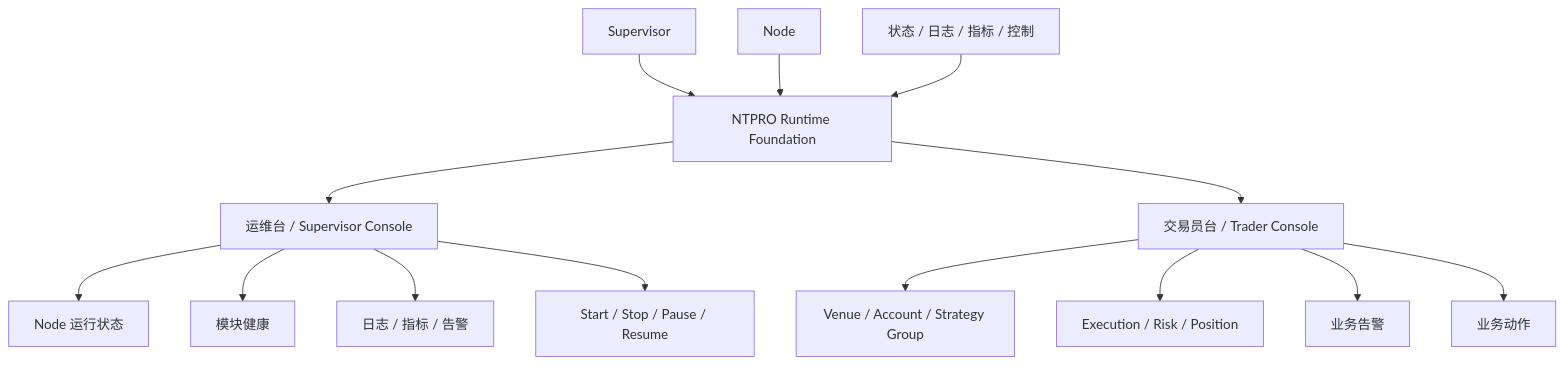
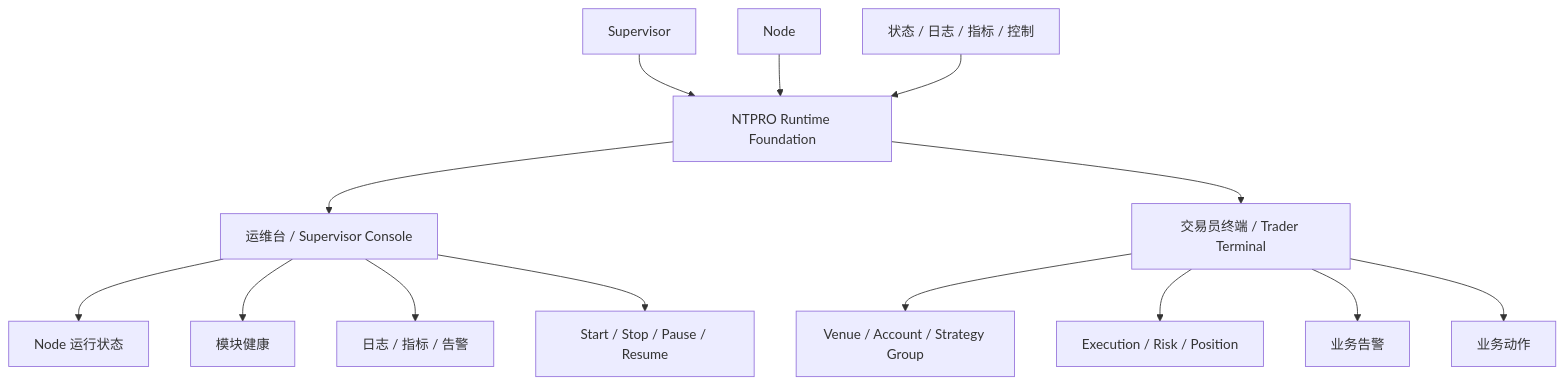
One commit to atxinbao/NTPRO changed the diagram in docs/architecture/supervisor_dashboard_product_spec.md. Above: the diagram before and after it, drawn with Mermaid. The commit also changed other lines of this file and 1 other file, not shown here.

Commit message:
refine trader terminal product docs

````diff
--- a/docs/architecture/supervisor_dashboard_product_spec.md
+++ b/docs/architecture/supervisor_dashboard_product_spec.md
@@ -38,19 +38,19 @@
 ```mermaid
 flowchart TD
     A["NTPRO Runtime Foundation"] --> B["运维台 / Supervisor Console"]
-    A --> C["交易员台 / Trader Console"]
+    A --> C["交易员终端 / Trader Terminal"]
 
     A1["Supervisor"] --> A
     A2["Node"] --> A
     A3["状态 / 日志 / 指标 / 控制"] --> A
 
     B --> B1["Node 运行状态"]
     B --> B2["模块健康"]
     B --> B3["日志 / 指标 / 告警"]
     B --> B4["Start / Stop / Pause / Resume"]
 
     C --> C1["Venue / Account / Strategy Group"]
     C --> C2["Execution / Risk / Position"]
     C --> C3["业务告警"]
     C --> C4["业务动作"]
 ```
````
